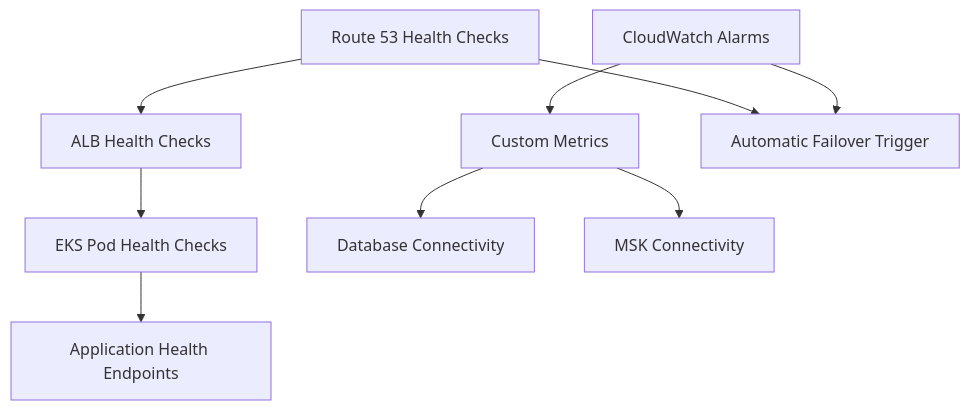
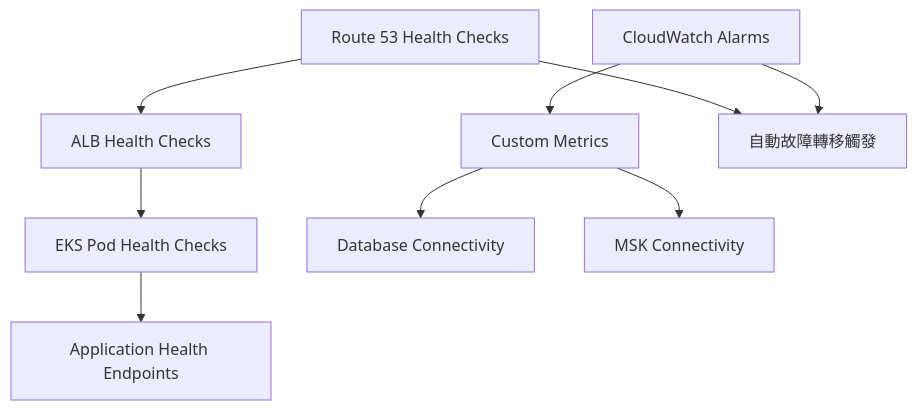
Before and after one commit to humank/genai-demo: the fourth of 5 diagrams in docs/en/architecture/disaster-recovery-design.md, drawn with Mermaid. The commit also changed other lines of this file and 583 other files, not shown here.

````diff
--- a/docs/en/architecture/disaster-recovery-design.md
+++ b/docs/en/architecture/disaster-recovery-design.md
@@ -224,13 +225,13 @@
 ```mermaid
 graph TD
     A[Route 53 Health Checks] --> B[ALB Health Checks]
     B --> C[EKS Pod Health Checks]
     C --> D[Application Health Endpoints]
     
     E[CloudWatch Alarms] --> F[Custom Metrics]
     F --> G[Database Connectivity]
     F --> H[MSK Connectivity]
     
-    A --> I[Automatic Failover Trigger]
+    A --> I[自動故障轉移觸發]
     E --> I
 ```
````
